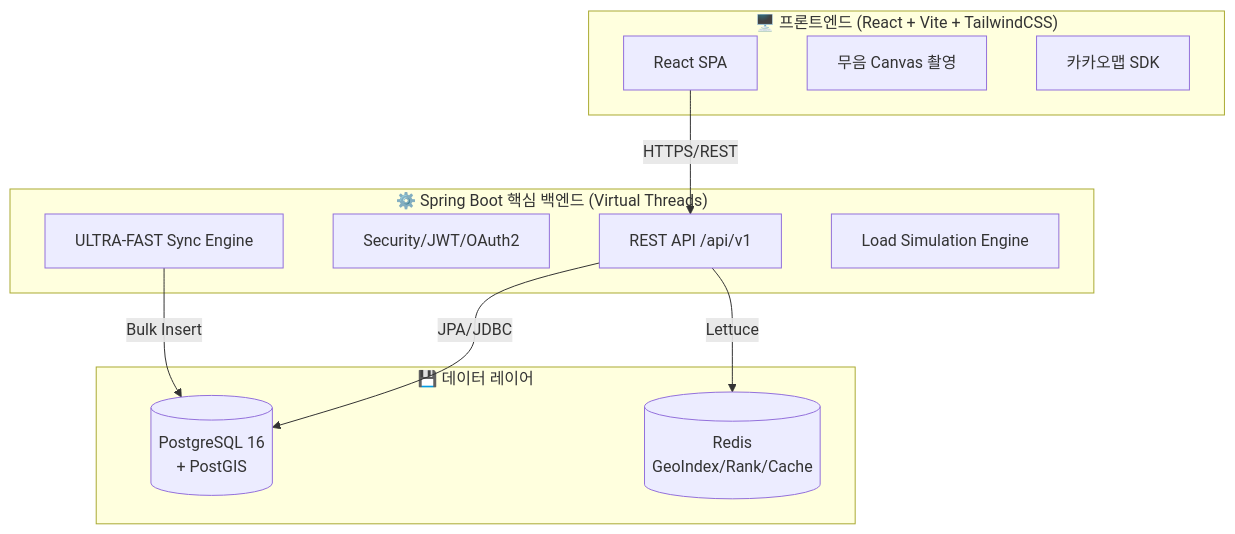
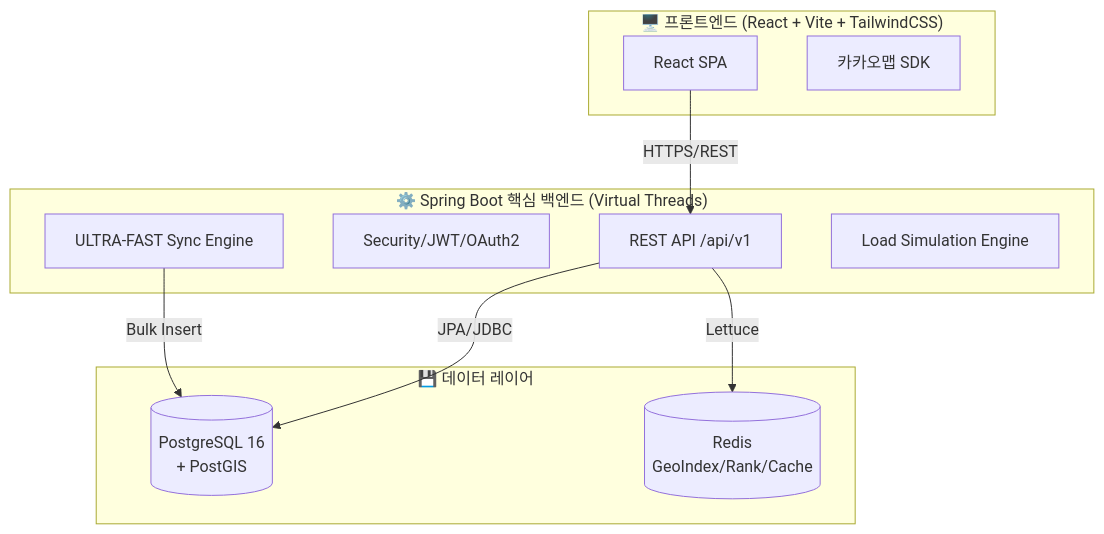
One commit to hayohio-bit/daypoo-refactor changed the diagram in README.md. Above: the diagram before and after it, drawn with Mermaid. The commit also changed other lines of this file and 9 other files, not shown here.

````diff
--- a/README.md
+++ b/README.md
@@ -62,25 +62,24 @@
 ```mermaid
 graph TB
     subgraph Client["🖥️ 프론트엔드 (React + Vite + TailwindCSS)"]
         UI[React SPA]
-        WebRTC[무음 Canvas 촬영]
         KakaoMap[카카오맵 SDK]
     end
 
     subgraph Backend["⚙️ Spring Boot 핵심 백엔드 (Virtual Threads)"]
         API[REST API /api/v1]
         Auth[Security/JWT/OAuth2]
         Sync[ULTRA-FAST Sync Engine]
         Simulation[Load Simulation Engine]
     end
 
     subgraph Data["💾 데이터 레이어"]
         PG[(PostgreSQL 16 \n+ PostGIS)]
         Redis[(Redis \nGeoIndex/Rank/Cache)]
     end
 
     UI -->|HTTPS/REST| API
     API -->|JPA/JDBC| PG
     API -->|Lettuce| Redis
     Sync -->|Bulk Insert| PG
 ```
````
